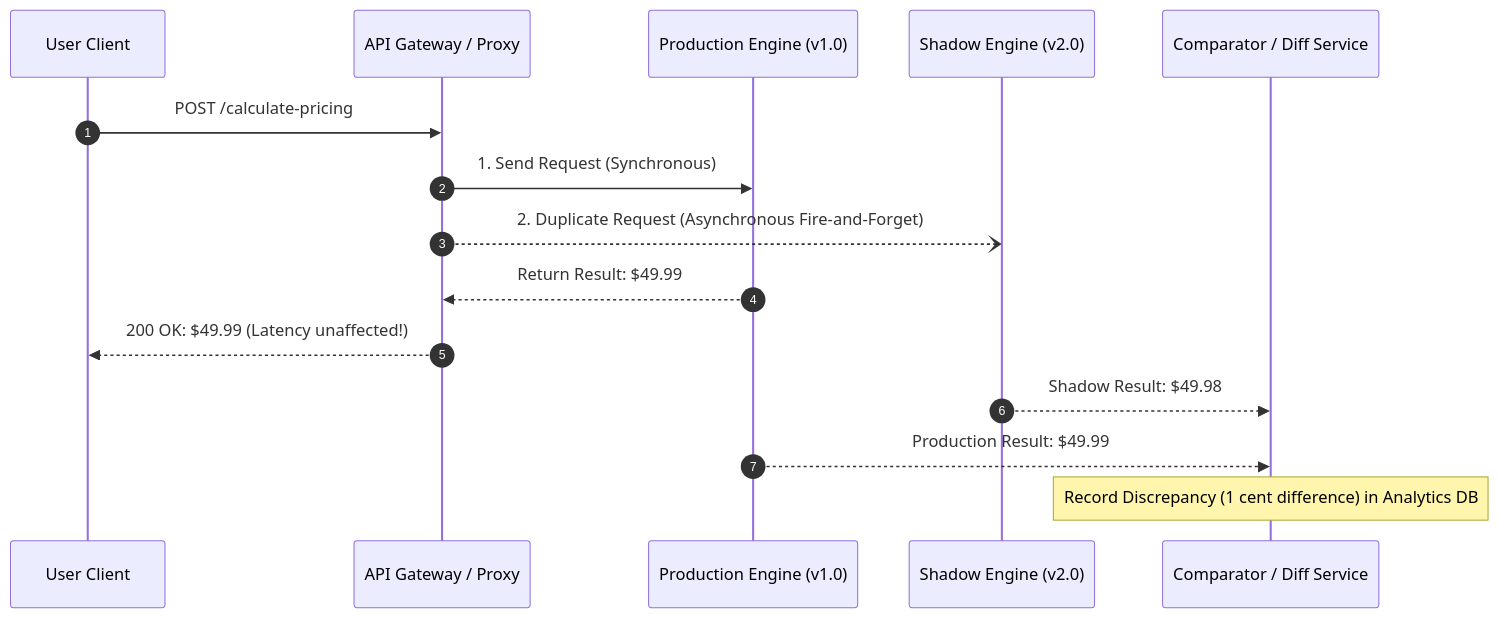
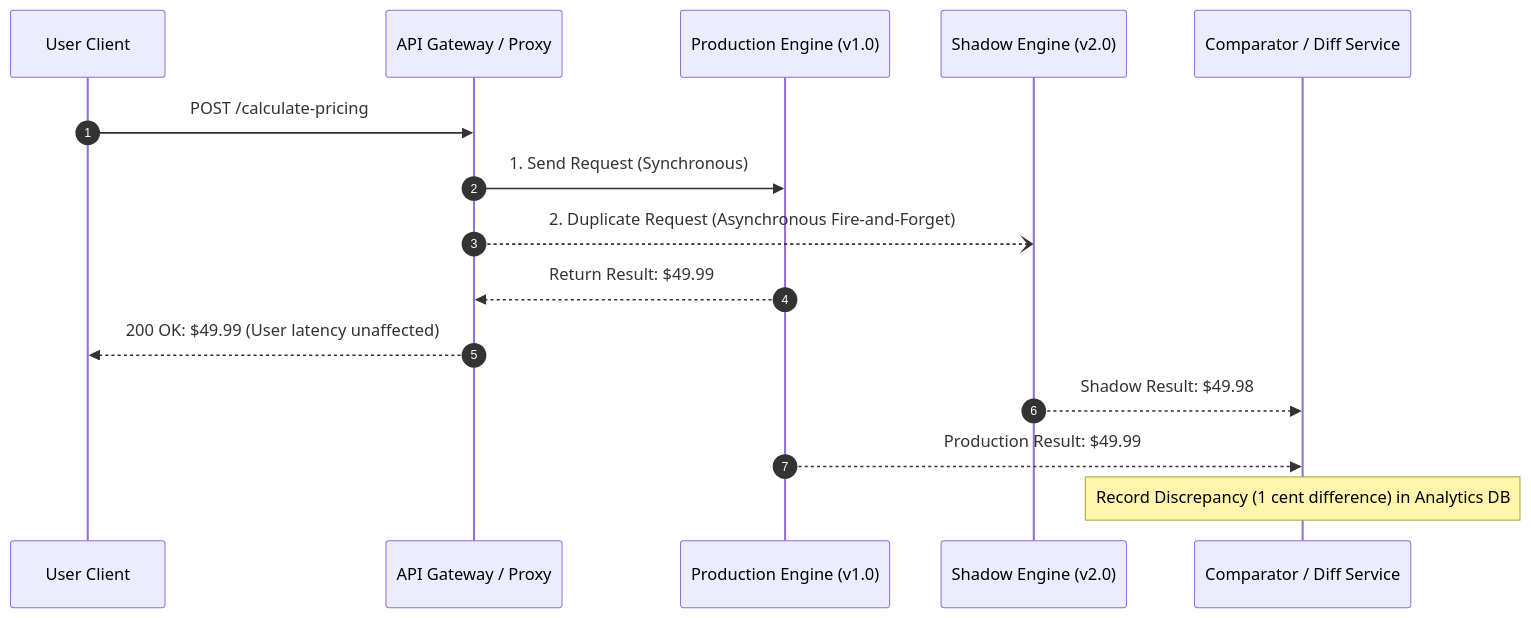
Before and after one commit to kvai9826/system-design-for-program-managers: the third of 5 diagrams in 04-tpm-execution-framework/03-migration-deployment-strategies.md, drawn with Mermaid. The commit also changed other lines of this file and 30 other files, not shown here.

````diff
--- a/04-tpm-execution-framework/03-migration-deployment-strategies.md
+++ b/04-tpm-execution-framework/03-migration-deployment-strategies.md
@@ -87,20 +91,20 @@
 ```mermaid
 sequenceDiagram
     autonumber
     participant Client as User Client
     participant GW as API Gateway / Proxy
     participant Prod as Production Engine (v1.0)
     participant Shadow as Shadow Engine (v2.0)
     participant Compare as Comparator / Diff Service
 
     Client->>GW: POST /calculate-pricing
     GW->>Prod: 1. Send Request (Synchronous)
     GW--)Shadow: 2. Duplicate Request (Asynchronous Fire-and-Forget)
     
     Prod-->>GW: Return Result: $49.99
-    GW-->>Client: 200 OK: $49.99 (Latency unaffected!)
+    GW-->>Client: 200 OK: $49.99 (User latency unaffected)
 
     Shadow-->>Compare: Shadow Result: $49.98
     Prod-->>Compare: Production Result: $49.99
     Note over Compare: Record Discrepancy (1 cent difference) in Analytics DB
 ```
````
